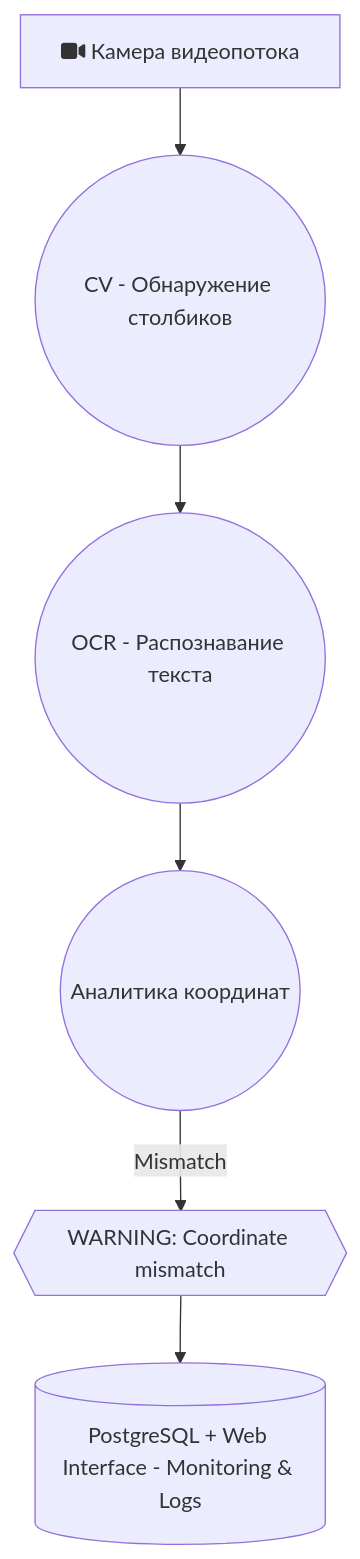
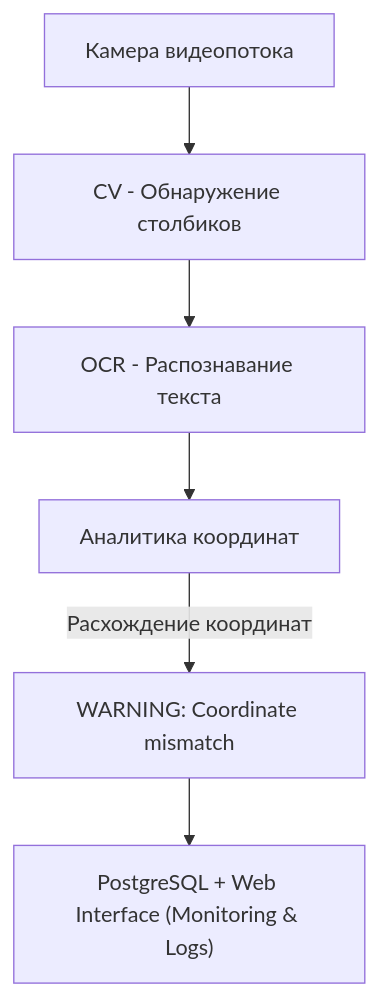
The diagram in docs/ml_system_design_doc.md (erofdmit/ml-system-design-aith), drawn with Mermaid before and after one commit.

````diff
--- a/docs/ml_system_design_doc.md
+++ b/docs/ml_system_design_doc.md
@@ -53,12 +53,16 @@
 ```mermaid
 flowchart TD
-    camera[fa:fa-video Камера видеопотока]
-    detection_model((CV - Обнаружение столбиков))
-    ocr_model((OCR - Распознавание текста))
-    analysis((Аналитика координат))
-    alert_mismatch{{WARNING: Coordinate mismatch}}
-    monitoring[(PostgreSQL + Web Interface - Monitoring & Logs)]
+    camera["Камера видеопотока"]
+    detection_model["CV - Обнаружение столбиков"]
+    ocr_model["OCR - Распознавание текста"]
+    analysis["Аналитика координат"]
+    alert_mismatch["WARNING: Coordinate mismatch"]
+    monitoring["PostgreSQL + Web Interface (Monitoring & Logs)"]
 
-    camera --> detection_model --> ocr_model --> analysis
-    analysis --Mismatch--> alert_mismatch --> monitoring
+    camera --> detection_model
+    detection_model --> ocr_model
+    ocr_model --> analysis
+    analysis -->|Расхождение координат| alert_mismatch
+    alert_mismatch --> monitoring
+
 ```
````
